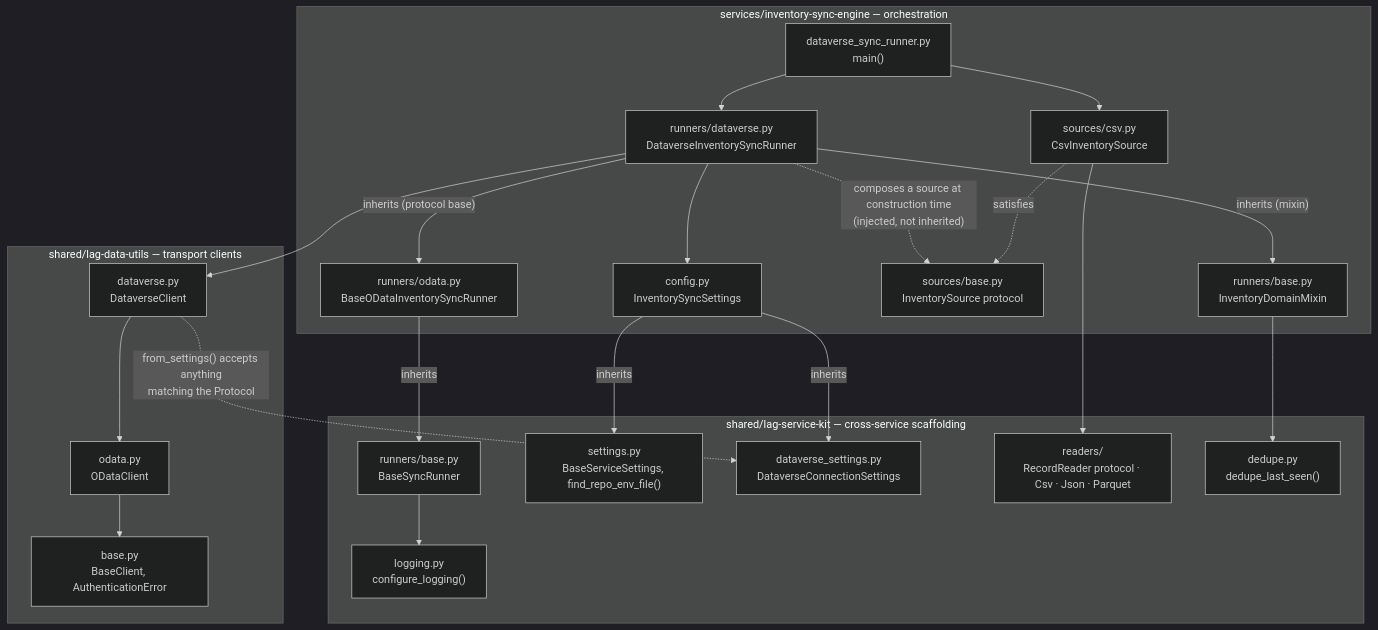
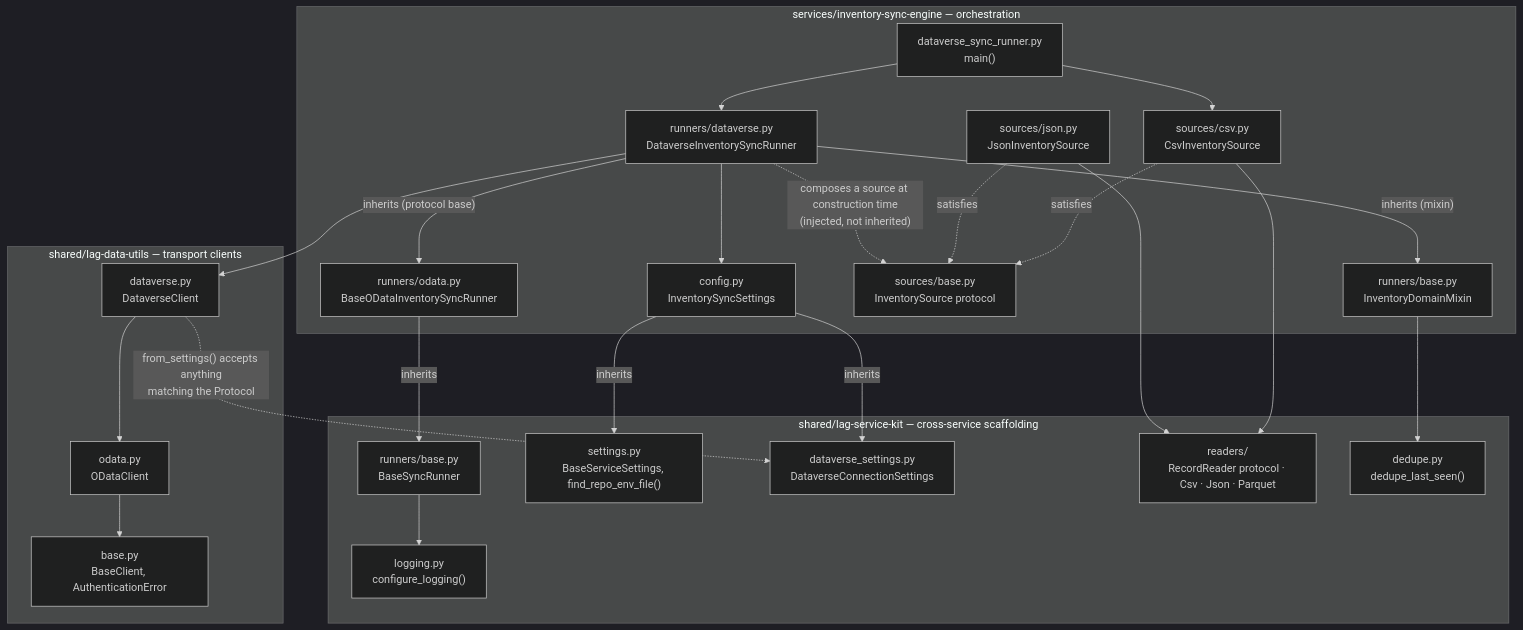
Before and after one commit to Linear-Analytics-Group/LAG-portfolio: the first of 2 diagrams in README.md, drawn with Mermaid (dark theme). The commit also changed other lines of this file and 4 other files, not shown here.

First line of the commit message:
feat(inventory-sync): add JSON source and complete public-display hardening

````diff
--- a/README.md
+++ b/README.md
@@ -34,44 +34,47 @@
 ```mermaid
 graph TD
     subgraph "services/inventory-sync-engine — orchestration"
         EP["dataverse_sync_runner.py<br/>main()"]
         DISR["runners/dataverse.py<br/>DataverseInventorySyncRunner"]
         IDM["runners/base.py<br/>InventoryDomainMixin"]
         BODR["runners/odata.py<br/>BaseODataInventorySyncRunner"]
         CSVSRC["sources/csv.py<br/>CsvInventorySource"]
+        JSONSRC["sources/json.py<br/>JsonInventorySource"]
         SRC["sources/base.py<br/>InventorySource protocol"]
         CFG["config.py<br/>InventorySyncSettings"]
     end
 
     subgraph "shared/lag-service-kit — cross-service scaffolding"
         BSR["runners/base.py<br/>BaseSyncRunner"]
         BSS["settings.py<br/>BaseServiceSettings, find_repo_env_file()"]
         DCS["dataverse_settings.py<br/>DataverseConnectionSettings"]
         LOG["logging.py<br/>configure_logging()"]
         RDR["readers/<br/>RecordReader protocol · Csv · Json · Parquet"]
         DEDUPE["dedupe.py<br/>dedupe_last_seen()"]
     end
 
     subgraph "shared/lag-data-utils — transport clients"
         BASE["base.py<br/>BaseClient, AuthenticationError"]
         ODATA["odata.py<br/>ODataClient"]
         DV["dataverse.py<br/>DataverseClient"]
     end
 
     EP --> DISR
     EP --> CSVSRC
     DISR -->|"inherits (mixin)"| IDM
     DISR -->|"inherits (protocol base)"| BODR
     BODR -->|inherits| BSR
     CSVSRC -.->|satisfies| SRC
+    JSONSRC -.->|satisfies| SRC
     DISR -.->|"composes a source at construction time<br/>(injected, not inherited)"| SRC
     CFG -->|inherits| BSS
     CFG -->|inherits| DCS
     DISR --> CFG
     DISR --> DV
     CSVSRC --> RDR
+    JSONSRC --> RDR
     IDM --> DEDUPE
     BSR --> LOG
     DV --> ODATA --> BASE
     DV -.->|"from_settings() accepts anything<br/>matching the Protocol"| DCS
 ```
````
